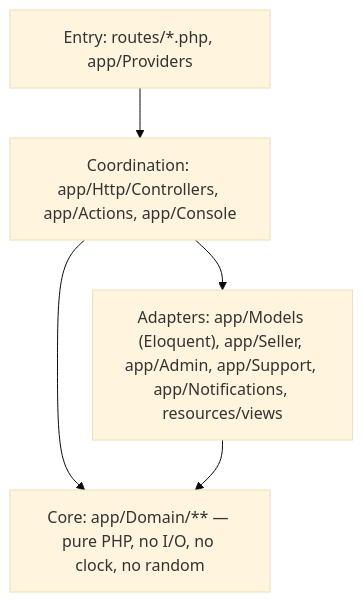
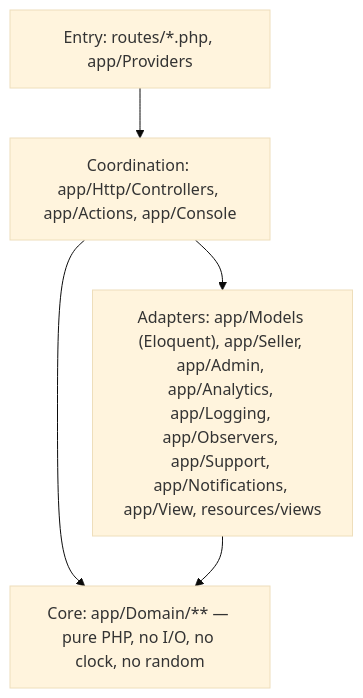
One commit to jonathan-beebe/art-store changed the second of 5 diagrams in app/docs/architecture.md. Above: the diagram before and after it, drawn with Mermaid (base theme). The commit also changed other lines of this file and 26 other files, not shown here.

````diff
--- a/app/docs/architecture.md
+++ b/app/docs/architecture.md
@@ -40,8 +40,8 @@
 ```mermaid
 flowchart TD
     entry["Entry: routes/*.php, app/Providers"] --> coord
     coord["Coordination: app/Http/Controllers, app/Actions, app/Console"] --> core
     coord --> adapters
-    adapters["Adapters: app/Models (Eloquent), app/Seller, app/Admin, app/Support, app/Notifications, resources/views"] --> core
+    adapters["Adapters: app/Models (Eloquent), app/Seller, app/Admin, app/Analytics, app/Logging, app/Observers, app/Support, app/Notifications, app/View, resources/views"] --> core
     core["Core: app/Domain/** — pure PHP, no I/O, no clock, no random"]
 ```
````
